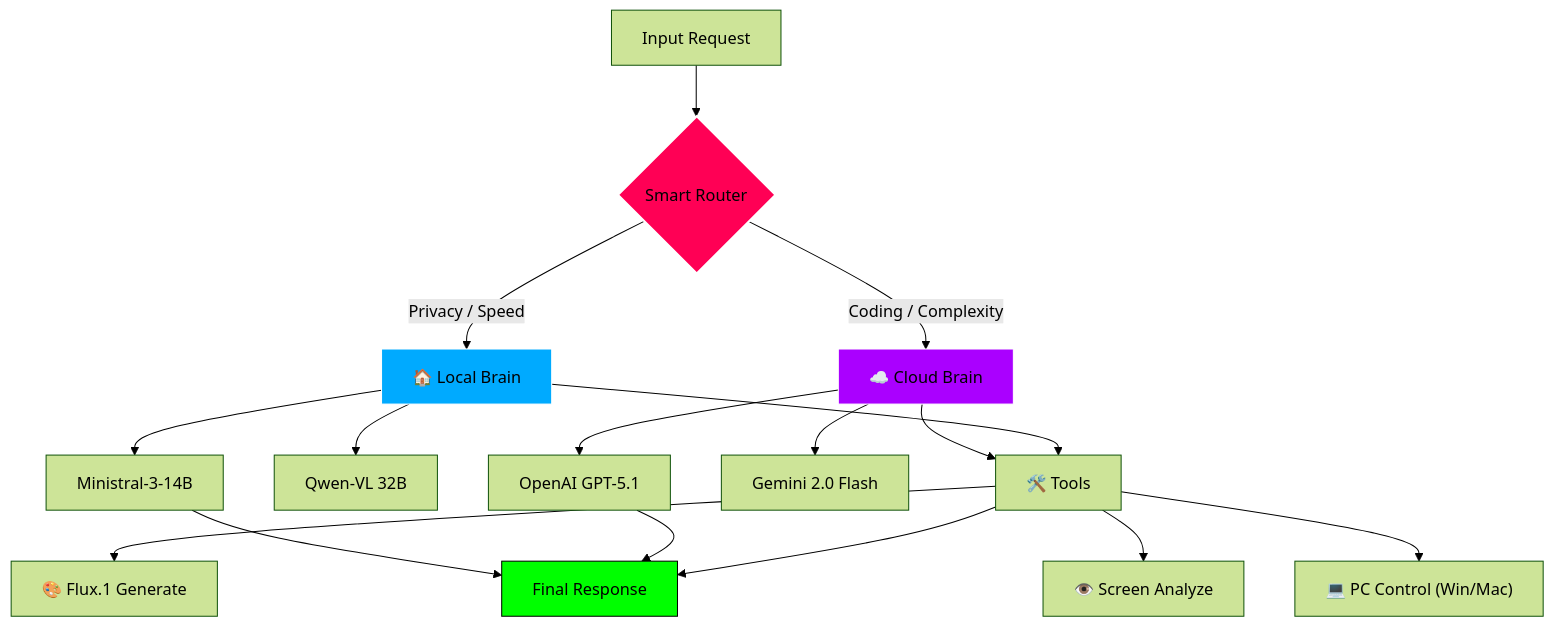
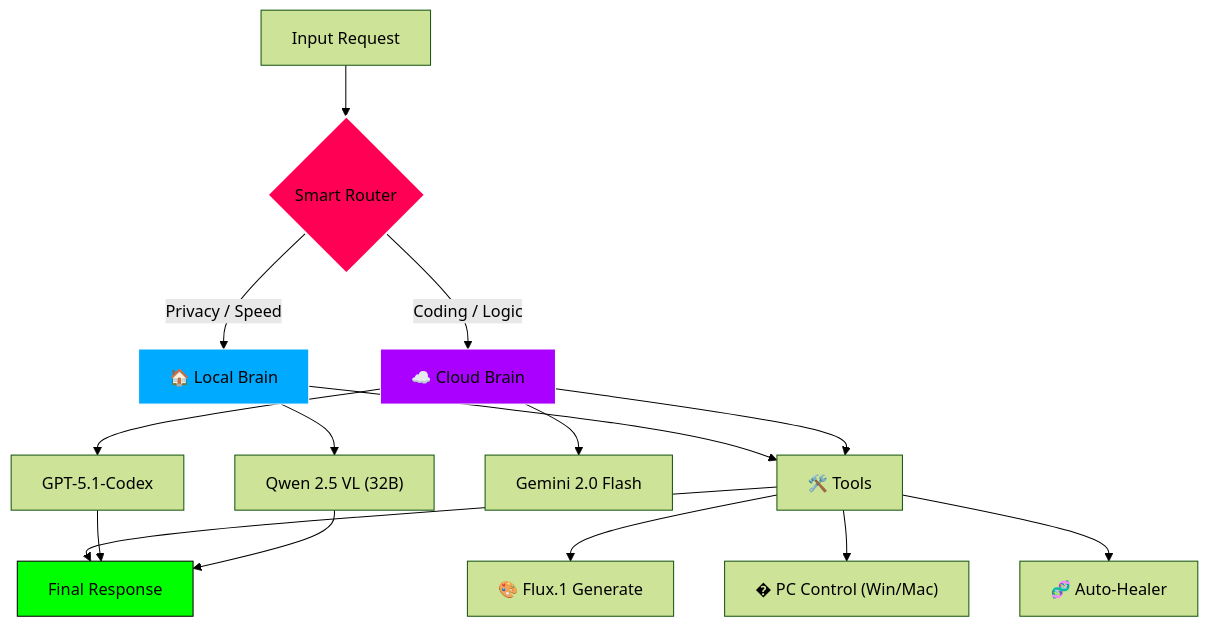
The diagram in README.md (YoneRai12/ORA), drawn with Mermaid (forest theme) before and after one commit. The commit also changed other lines of this file and 1 other file, not shown here.

Commit message:
docs: Sync README with actual code (Qwen 2.5) & move history to CHANGELOG

````diff
--- a/README.md
+++ b/README.md
@@ -158,32 +58,31 @@
 ```mermaid
 graph TD
     Input[Input Request] --> Router{Smart Router}
     
-    %% Local Path
+    %% Local Path (Default)
     Router -->|Privacy / Speed| Local[🏠 Local Brain]
-    Local --> Ministral[Ministral-3-14B]
-    Local --> Qwen[Qwen-VL 32B]
+    Local --> Qwen["Qwen 2.5 VL (32B)"]
     
-    %% Cloud Path
-    Router -->|Coding / Complexity| Cloud[☁️ Cloud Brain]
-    Cloud --> GPT[OpenAI GPT-5.1]
-    Cloud --> Gemini[Gemini 2.0 Flash]
+    %% Cloud Path (Complex)
+    Router -->|Coding / Logic| Cloud[☁️ Cloud Brain]
+    Cloud --> GPT["GPT-5.1-Codex"]
+    Cloud --> Gemini["Gemini 2.0 Flash"]
 
-    %% Tools & Actions
+    %% Tools
     Local --> Tools[🛠️ Tools]
     Cloud --> Tools
     
     Tools --> Image["🎨 Flux.1 Generate"]
-    Tools --> Vision["👁️ Screen Analyze"]
-    Tools --> System["💻 PC Control (Win/Mac)"]
+    Tools --> System["� PC Control (Win/Mac)"]
+    Tools --> Healer["🧬 Auto-Healer"]
 
     %% Output
     Tools --> Response
     GPT --> Response
-    Ministral --> Response["Final Response"]
+    Qwen --> Response["Final Response"]
     
     style Router fill:#ff0055,stroke:#fff,stroke-width:2px
     style Local fill:#00aaff,stroke:#fff
     style Cloud fill:#aa00ff,stroke:#fff
     style Response fill:#00ff00,stroke:#000
 ```
````
